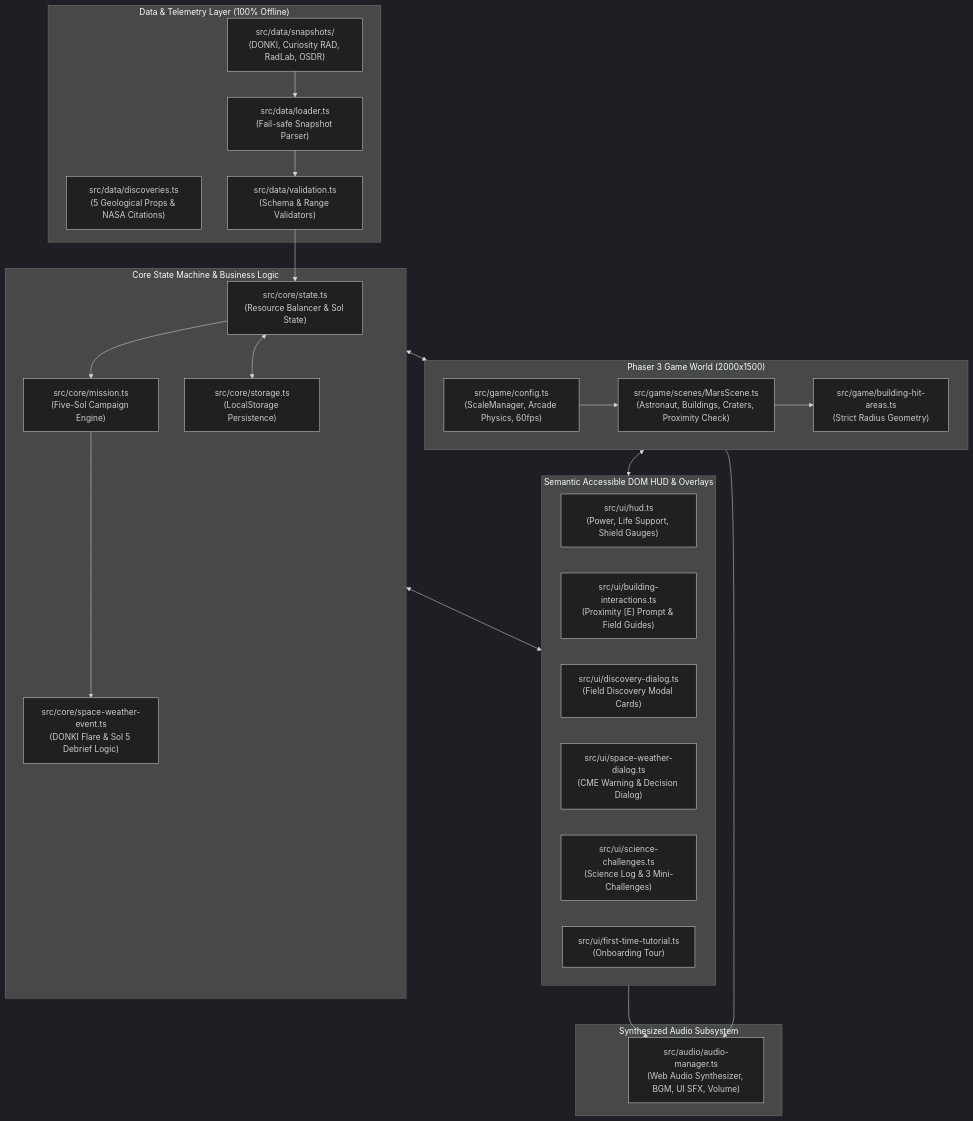
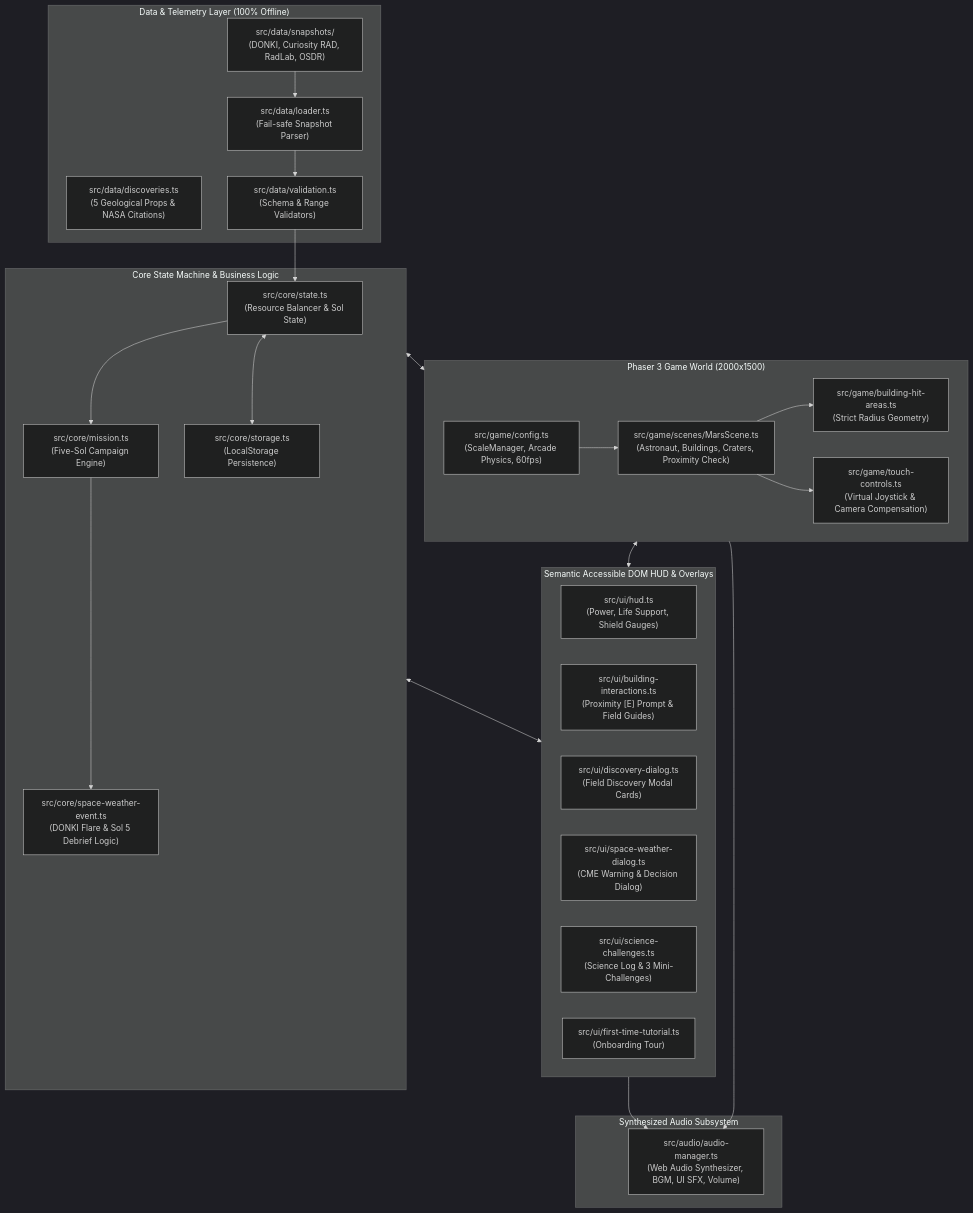
The second of 2 diagrams in README.md (ankitchamke/Outpost-Mars), drawn with Mermaid (dark theme) before and after one commit. The commit also changed other lines of this file and 1 other file, not shown here.

````diff
--- a/README.md
+++ b/README.md
@@ -233,49 +279,51 @@
 ```mermaid
 graph TD
     subgraph DataLayer ["Data & Telemetry Layer (100% Offline)"]
         Snapshots["src/data/snapshots/<br/>(DONKI, Curiosity RAD, RadLab, OSDR)"]
         Discoveries["src/data/discoveries.ts<br/>(5 Geological Props & NASA Citations)"]
         Loader["src/data/loader.ts<br/>(Fail-safe Snapshot Parser)"]
         Validation["src/data/validation.ts<br/>(Schema & Range Validators)"]
         Snapshots --> Loader
         Loader --> Validation
     end
 
     subgraph StateEngine ["Core State Machine & Business Logic"]
         GameState["src/core/state.ts<br/>(Resource Balancer & Sol State)"]
         MissionCore["src/core/mission.ts<br/>(Five-Sol Campaign Engine)"]
         SpaceWeather["src/core/space-weather-event.ts<br/>(DONKI Flare & Sol 5 Debrief Logic)"]
         Storage["src/core/storage.ts<br/>(LocalStorage Persistence)"]
         Validation --> GameState
         GameState <--> Storage
         GameState --> MissionCore
         MissionCore --> SpaceWeather
     end
 
     subgraph AudioEngine ["Synthesized Audio Subsystem"]
         AudioManager["src/audio/audio-manager.ts<br/>(Web Audio Synthesizer, BGM, UI SFX, Volume)"]
     end
 
     subgraph ViewLayer ["Phaser 3 Game World (2000x1500)"]
         Config["src/game/config.ts<br/>(ScaleManager, Arcade Physics, 60fps)"]
         MarsScene["src/game/scenes/MarsScene.ts<br/>(Astronaut, Buildings, Craters, Proximity Check)"]
+        TouchControls["src/game/touch-controls.ts<br/>(Virtual Joystick & Camera Compensation)"]
         HitAreas["src/game/building-hit-areas.ts<br/>(Strict Radius Geometry)"]
         Config --> MarsScene
         MarsScene --> HitAreas
+        MarsScene --> TouchControls
     end
 
     subgraph UILayer ["Semantic Accessible DOM HUD & Overlays"]
         HUD["src/ui/hud.ts<br/>(Power, Life Support, Shield Gauges)"]
         BuildingUI["src/ui/building-interactions.ts<br/>(Proximity [E] Prompt & Field Guides)"]
         DiscoveryUI["src/ui/discovery-dialog.ts<br/>(Field Discovery Modal Cards)"]
         WeatherUI["src/ui/space-weather-dialog.ts<br/>(CME Warning & Decision Dialog)"]
         ScienceUI["src/ui/science-challenges.ts<br/>(Science Log & 3 Mini-Challenges)"]
         TutorialUI["src/ui/first-time-tutorial.ts<br/>(Onboarding Tour)"]
     end
 
     StateEngine <--> ViewLayer
     StateEngine <--> UILayer
     ViewLayer <--> UILayer
     UILayer --> AudioManager
     ViewLayer --> AudioManager
 ```
````
